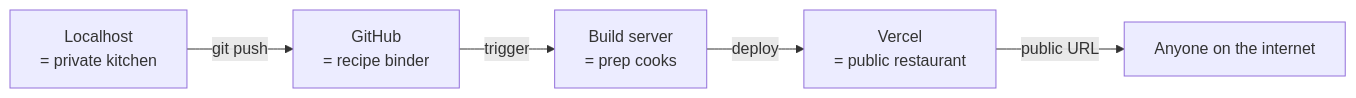
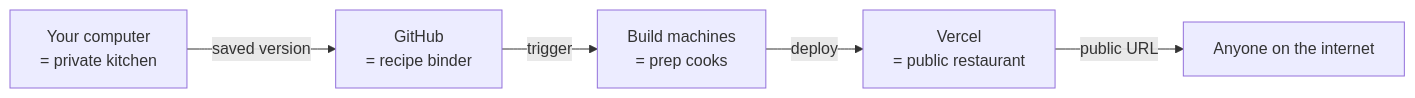
The second of 2 diagrams in modules/01-mental-models/04-how-it-goes-live.md (Khrafts/ship-your-first-thing), drawn with Mermaid before and after one commit. The commit also changed other lines of this file and 165 other files, not shown here.

````diff
--- a/modules/01-mental-models/04-how-it-goes-live.md
+++ b/modules/01-mental-models/04-how-it-goes-live.md
@@ -44,7 +40,7 @@
 ```mermaid
 flowchart LR
-  Localhost["Localhost<br/>= private kitchen"] -->|git push| GitHub["GitHub<br/>= recipe binder"]
-  GitHub -->|trigger| Build["Build server<br/>= prep cooks"]
+  Laptop["Your computer<br/>= private kitchen"] -->|saved version| GitHub["GitHub<br/>= recipe binder"]
+  GitHub -->|trigger| Build["Build machines<br/>= prep cooks"]
   Build -->|deploy| Vercel["Vercel<br/>= public restaurant"]
   Vercel -->|public URL| Customers[Anyone on the internet]
 ```
````
